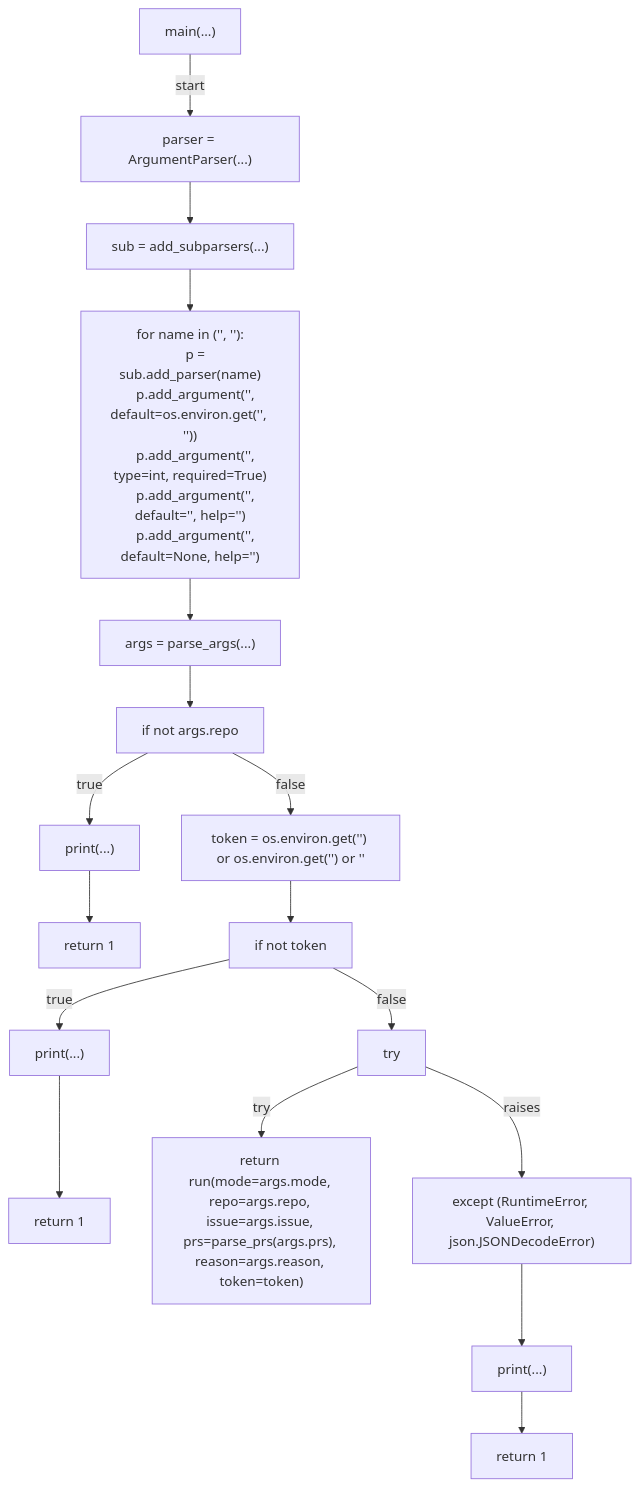
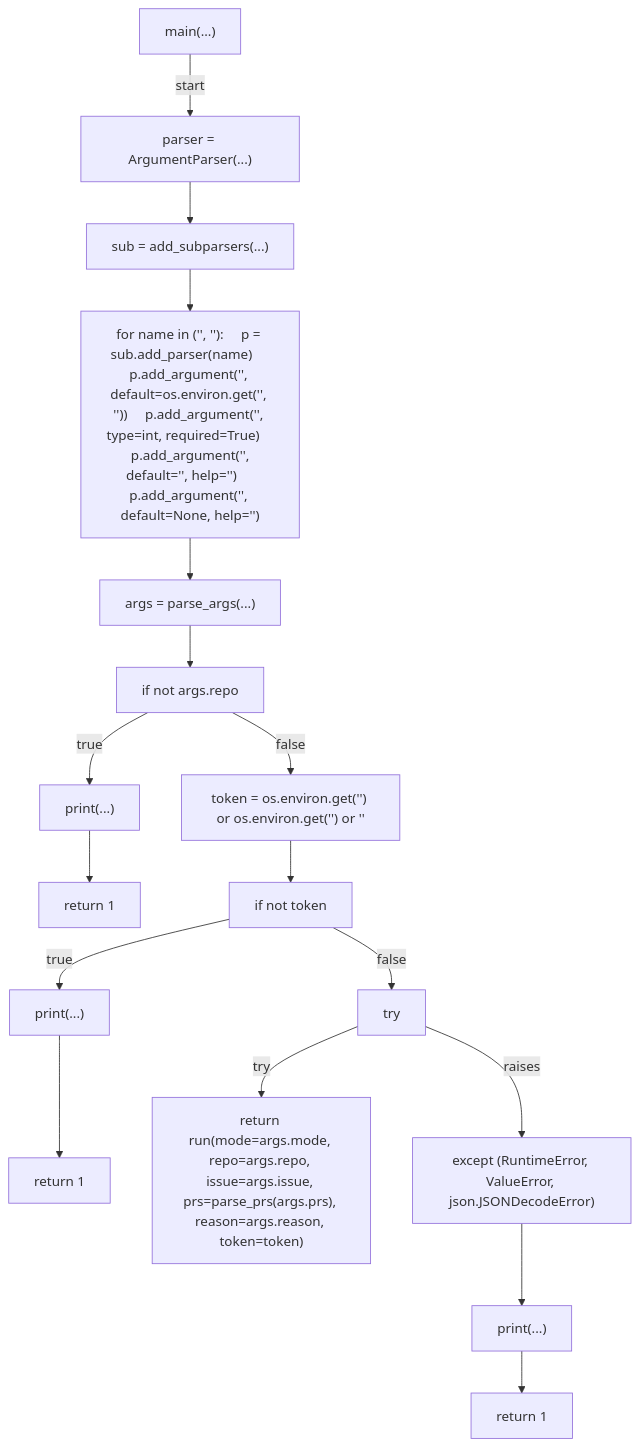
One commit to tvna/claude-md changed the eighth of 8 diagrams in docs/generated/scripts/ast/np_strategy_tracking.md. Above: the diagram before and after it, drawn with Mermaid. The commit also changed other lines of this file and 30 other files, not shown here.

First line of the commit message:
docs(generated): regenerate decision tree and workflow diagrams (batch 2/5)

````diff
--- a/docs/generated/scripts/ast/np_strategy_tracking.md
+++ b/docs/generated/scripts/ast/np_strategy_tracking.md
@@ -164,41 +157,36 @@
 ```mermaid
 flowchart TD
     N001["main(...)"]
     N002["parser = ArgumentParser(...)"]
     N003["sub = add_subparsers(...)"]
-    N004["for name in ('<str>', '<str>'):
-    p = sub.add_parser(name)
-    p.add_argument('<str>', default=os.environ.get('<str>', '<str>'))
-    p.add_argument('<str>', type=int, required=True)
-    p.add_argument('<str>', default='<str>', help='<str>')
-    p.add_argument('<str>', default=None, help='<str>')"]
+    N004["for name in ('<str>', '<str>'):     p = sub.add_parser(name)     p.add_argument('<str>', default=os.environ.get('<str>', '<str>'))     p.add_argument('<str>', type=int, required=True)     p.add_argument('<str>', default='<str>', help='<str>')     p.add_argument('<str>', default=None, help='<str>')"]
     N005["args = parse_args(...)"]
     N006["if not args.repo"]
     N007["print(...)"]
     N008["return 1"]
     N009["token = os.environ.get('<str>') or os.environ.get('<str>') or '<str>'"]
     N010["if not token"]
     N011["print(...)"]
     N012["return 1"]
     N013["try"]
     N014["return run(mode=args.mode, repo=args.repo, issue=args.issue, prs=parse_prs(args.prs), reason=args.reason, token=token)"]
     N015["except (RuntimeError, ValueError, json.JSONDecodeError)"]
     N016["print(...)"]
     N017["return 1"]
     N001 -->|"start"| N002
     N002 --> N003
     N003 --> N004
     N004 --> N005
     N005 --> N006
     N006 -->|"true"| N007
     N007 --> N008
     N006 -->|"false"| N009
     N009 --> N010
     N010 -->|"true"| N011
     N011 --> N012
     N010 -->|"false"| N013
     N013 -->|"try"| N014
     N013 -->|"raises"| N015
     N015 --> N016
     N016 --> N017
 ```
````
